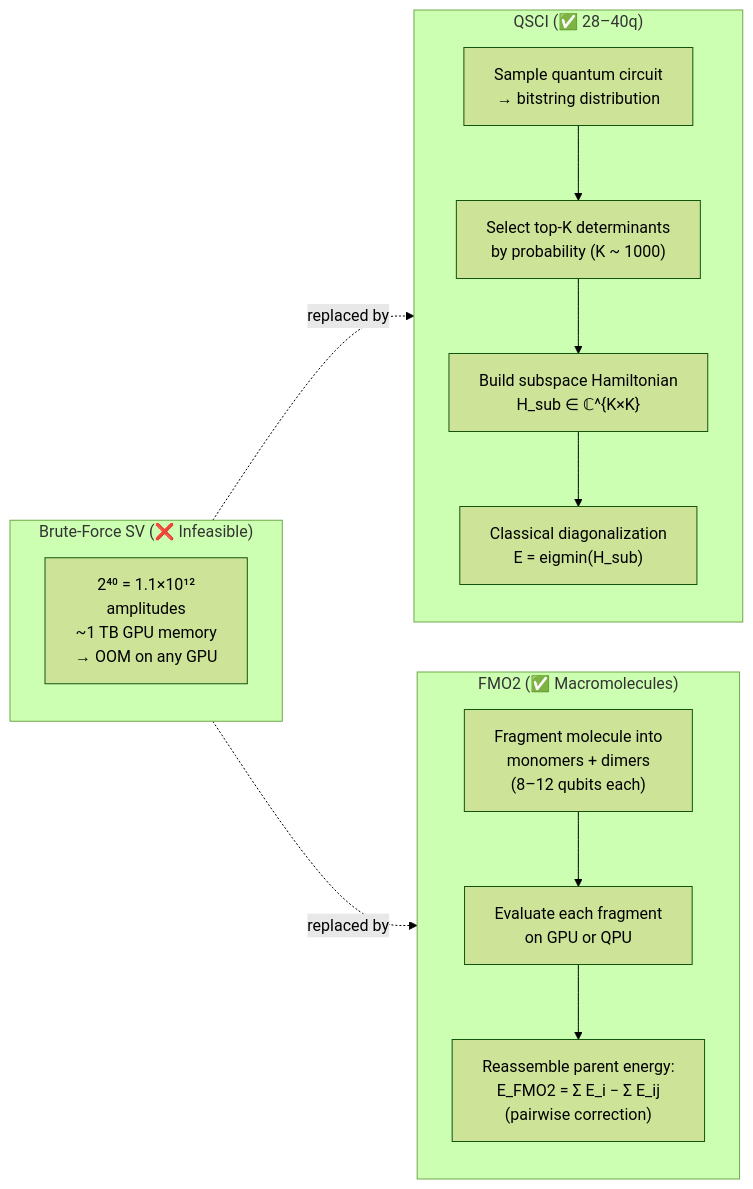
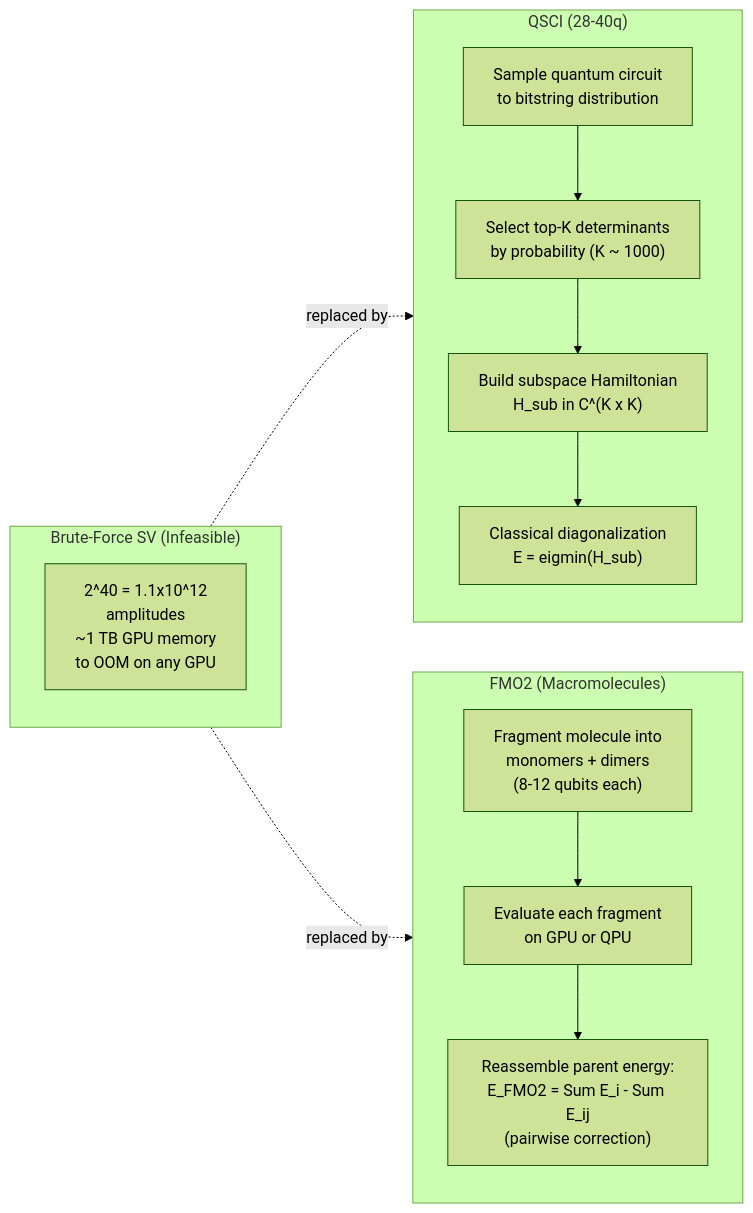
One commit to Quantum-Buddies/Conditional-GQE_materials changed the tenth of 11 diagrams in README.md. Above: the diagram before and after it, drawn with Mermaid (forest theme). The commit also changed other lines of this file, not shown here.

First line of the commit message:
fix: replace all Unicode with ASCII in Mermaid diagrams for GitHub rendering

````diff
--- a/README.md
+++ b/README.md
@@ -499,26 +499,26 @@
 ```mermaid
 flowchart LR
-    subgraph Brute ["Brute-Force SV (❌ Infeasible)"]
-        SV["2⁴⁰ = 1.1×10¹²<br>amplitudes<br>~1 TB GPU memory<br>→ OOM on any GPU"]
+    subgraph Brute ["Brute-Force SV (Infeasible)"]
+        SV["2^40 = 1.1x10^12<br>amplitudes<br>~1 TB GPU memory<br>to OOM on any GPU"]
     end
 
-    subgraph QSCI_P ["QSCI (✅ 28–40q)"]
+    subgraph QSCI_P ["QSCI (28-40q)"]
         direction TB
-        Sample3["Sample quantum circuit<br>→ bitstring distribution"]
+        Sample3["Sample quantum circuit<br>to bitstring distribution"]
         Select["Select top-K determinants<br>by probability (K ~ 1000)"]
-        Subspace["Build subspace Hamiltonian<br>H_sub ∈ ℂ^{K×K}"]
+        Subspace["Build subspace Hamiltonian<br>H_sub in C^(K x K)"]
         Diag["Classical diagonalization<br>E = eigmin(H_sub)"]
         Sample3 --> Select --> Subspace --> Diag
     end
 
-    subgraph FMO2_P ["FMO2 (✅ Macromolecules)"]
+    subgraph FMO2_P ["FMO2 (Macromolecules)"]
         direction TB
-        Frag["Fragment molecule into<br>monomers + dimers<br>(8–12 qubits each)"]
+        Frag["Fragment molecule into<br>monomers + dimers<br>(8-12 qubits each)"]
         EvalF["Evaluate each fragment<br>on GPU or QPU"]
-        Reassemble["Reassemble parent energy:<br>E_FMO2 = Σ E_i − Σ E_ij<br>(pairwise correction)"]
+        Reassemble["Reassemble parent energy:<br>E_FMO2 = Sum E_i - Sum E_ij<br>(pairwise correction)"]
         Frag --> EvalF --> Reassemble
     end
 
     Brute -.->|"replaced by"| QSCI_P
     Brute -.->|"replaced by"| FMO2_P
 ```
````
